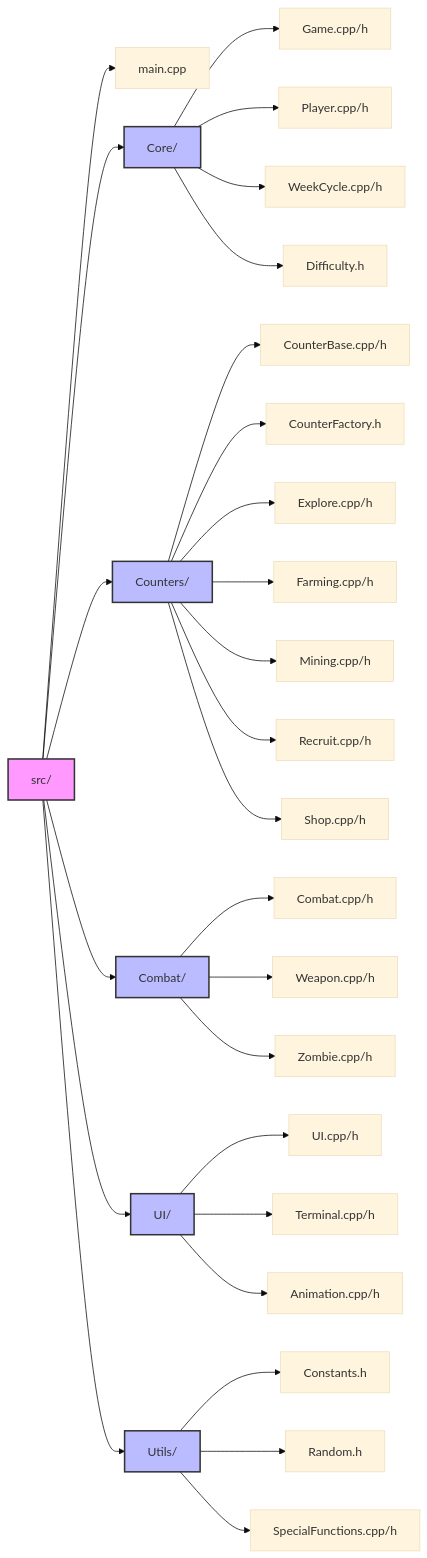
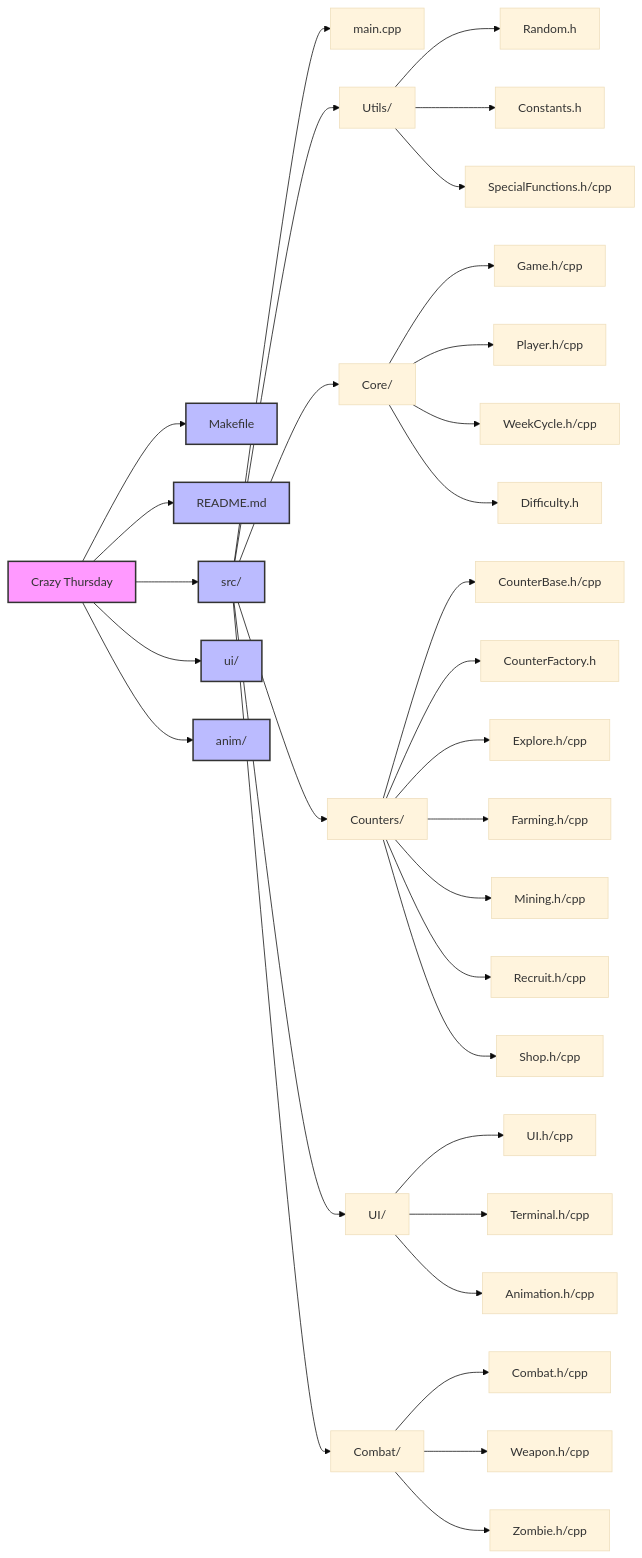
Before and after one commit to sh0redry/ENGG1340-COMP2113-GP: the diagram in README.md, drawn with Mermaid (base theme). The commit also changed other lines of this file, not shown here.

Commit message:
Update README.md: Revise file structure to reflect project organization changes, including new directories for UI, animations, and core components, enhancing clarity and navigation in documentation.

````diff
--- a/README.md
+++ b/README.md
@@ -45,41 +45,48 @@
 ```mermaid
 graph LR
-    A[src/] --> B[main.cpp]
-    A --> C[Core/]
-    A --> D[Counters/]
-    A --> E[Combat/]
-    A --> F[UI/]
-    A --> G[Utils/]
+    A[Crazy Thursday] --> B[Makefile]
+    A --> C[README.md]
+    A --> D[src/]
+    A --> E[ui/]
+    A --> F[anim/]
     
-    C --> C1[Game.cpp/h]
-    C --> C2[Player.cpp/h]
-    C --> C3[WeekCycle.cpp/h]
-    C --> C4[Difficulty.h]
+    D --> D1[main.cpp]
+    D --> D2[Utils/]
+    D --> D3[Core/]
+    D --> D4[Counters/]
+    D --> D5[UI/]
+    D --> D6[Combat/]
     
-    D --> D1[CounterBase.cpp/h]
-    D --> D2[CounterFactory.h]
-    D --> D3[Explore.cpp/h]
-    D --> D4[Farming.cpp/h]
-    D --> D5[Mining.cpp/h]
-    D --> D6[Recruit.cpp/h]
-    D --> D7[Shop.cpp/h]
+    D2 --> D2a[Random.h]
+    D2 --> D2b[Constants.h]
+    D2 --> D2c[SpecialFunctions.h/cpp]
     
-    E --> E1[Combat.cpp/h]
-    E --> E2[Weapon.cpp/h]
-    E --> E3[Zombie.cpp/h]
+    D3 --> D3a[Game.h/cpp]
+    D3 --> D3b[Player.h/cpp]
+    D3 --> D3c[WeekCycle.h/cpp]
+    D3 --> D3d[Difficulty.h]
     
-    F --> F1[UI.cpp/h]
-    F --> F2[Terminal.cpp/h]
-    F --> F3[Animation.cpp/h]
+    D4 --> D4a[CounterBase.h/cpp]
+    D4 --> D4b[CounterFactory.h]
+    D4 --> D4c[Explore.h/cpp]
+    D4 --> D4d[Farming.h/cpp]
+    D4 --> D4e[Mining.h/cpp]
+    D4 --> D4f[Recruit.h/cpp]
+    D4 --> D4g[Shop.h/cpp]
     
-    G --> G1[Constants.h]
-    G --> G2[Random.h]
-    G --> G3[SpecialFunctions.cpp/h]
+    D5 --> D5a[UI.h/cpp]
+    D5 --> D5b[Terminal.h/cpp]
+    D5 --> D5c[Animation.h/cpp]
+    
+    D6 --> D6a[Combat.h/cpp]
+    D6 --> D6b[Weapon.h/cpp]
+    D6 --> D6c[Zombie.h/cpp]
 
     style A fill:#f9f,stroke:#333,stroke-width:2px
     style C fill:#bbf,stroke:#333,stroke-width:2px
     style D fill:#bbf,stroke:#333,stroke-width:2px
     style E fill:#bbf,stroke:#333,stroke-width:2px
     style F fill:#bbf,stroke:#333,stroke-width:2px
-    style G fill:#bbf,stroke:#333,stroke-width:2px
+    style B fill:#bbf,stroke:#333,stroke-width:2px
+
 ```
````
